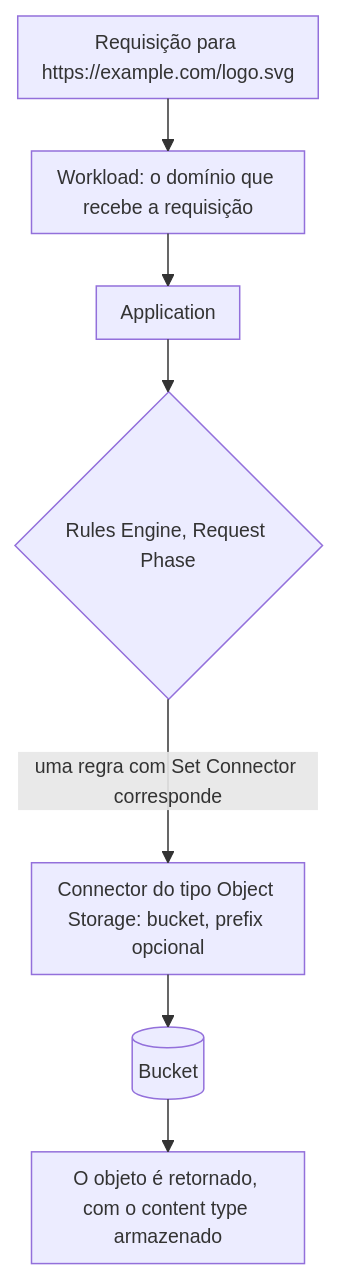
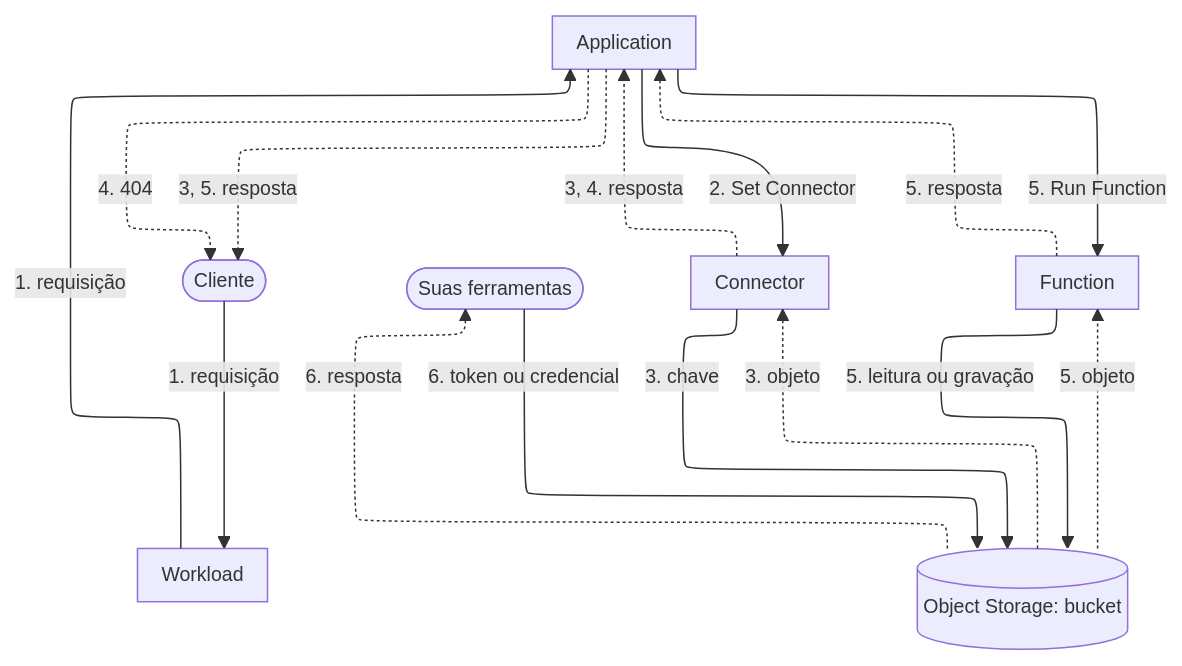
One commit to aziontech/docs changed the diagram in apps/docs/src/content/docs/pt-br/pages/store/object-storage/como-funciona.mdx. Above: the diagram before and after it, drawn with Mermaid. The commit also changed other lines of this file and 41 other files, not shown here.

Commit message:
fix(object-storage): test the Object Storage section against the product and correct the pages (#2712)

````diff
--- a/apps/docs/src/content/docs/pt-br/pages/store/object-storage/como-funciona.mdx
+++ b/apps/docs/src/content/docs/pt-br/pages/store/object-storage/como-funciona.mdx
@@ -43,10 +49,25 @@
 ```mermaid
-%%{init: {"layout": "elk", "themeVariables": {"fontSize": "13px"}, "flowchart": {"nodeSpacing": 24, "rankSpacing": 36, "padding": 8, "wrappingWidth": 150, "useMaxWidth": true}, "sequence": {"width": 120, "actorMargin": 30, "useMaxWidth": true}}}%%
+%%{init: {"layout": "elk", "elk": {"cycleBreakingStrategy": "MODEL_ORDER"}, "themeVariables": {"fontSize": "13px"}, "flowchart": {"nodeSpacing": 24, "rankSpacing": 36, "padding": 8, "wrappingWidth": 150, "useMaxWidth": true}, "sequence": {"width": 120, "actorMargin": 30, "useMaxWidth": true}}}%%
 flowchart TD
-  Request["Requisição para https://example.com/logo.svg"] --> Workload["Workload: o domínio que recebe a requisição"]
-  Workload --> App["Application"]
-  App --> Rules{"Rules Engine, Request Phase"}
-  Rules -->|"uma regra com Set Connector corresponde"| Connector["Connector do tipo Object Storage: bucket, prefix opcional"]
-  Connector --> Bucket[("Bucket")]
-  Bucket --> Object["O objeto é retornado, com o content type armazenado"]
+  Client(["Cliente"])
+  Tools(["Suas ferramentas"])
+  WL["Workload"]
+  App["Application"]
+  Conn["Connector"]
+  Fn["Function"]
+  Bucket[("Object Storage: bucket")]
+  Client -->|"1. requisição"| WL
+  WL -->|"1. requisição"| App
+  App -->|"2. Set Connector"| Conn
+  Conn -->|"3. chave"| Bucket
+  Bucket -.->|"3. objeto"| Conn
+  Conn -.->|"3, 4. resposta"| App
+  App -->|"5. Run Function"| Fn
+  Fn -->|"5. leitura ou gravação"| Bucket
+  Bucket -.->|"5. objeto"| Fn
+  Fn -.->|"5. resposta"| App
+  App -.->|"3, 5. resposta"| Client
+  App -.->|"4. 404"| Client
+  Tools -->|"6. token ou credencial"| Bucket
+  Bucket -.->|"6. resposta"| Tools
 ```
````
